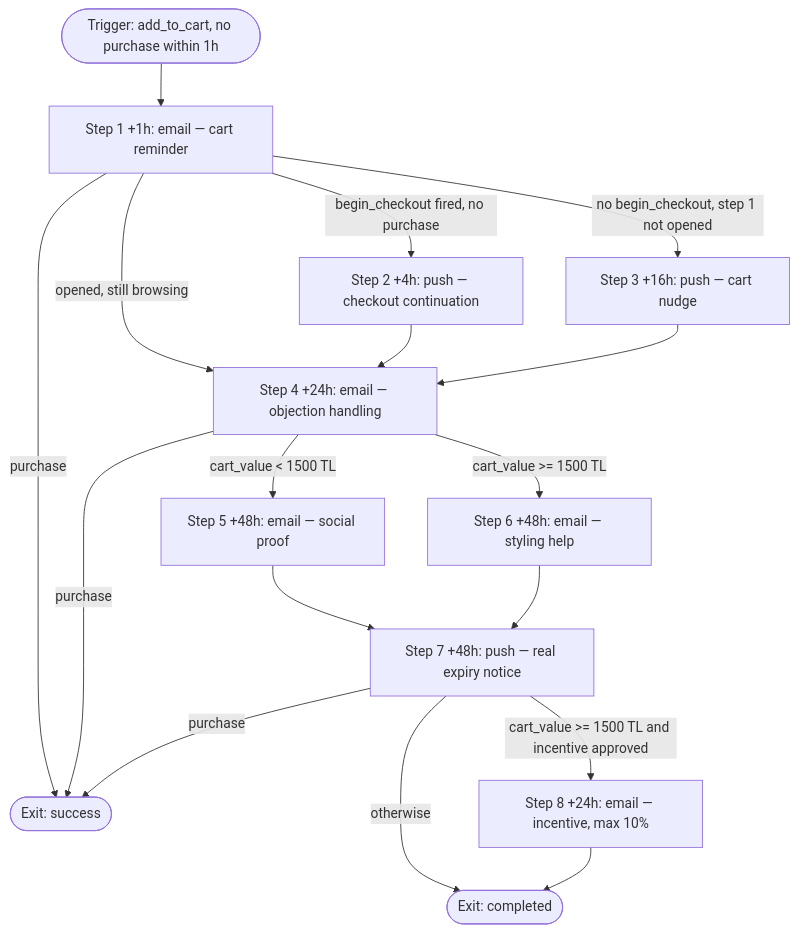
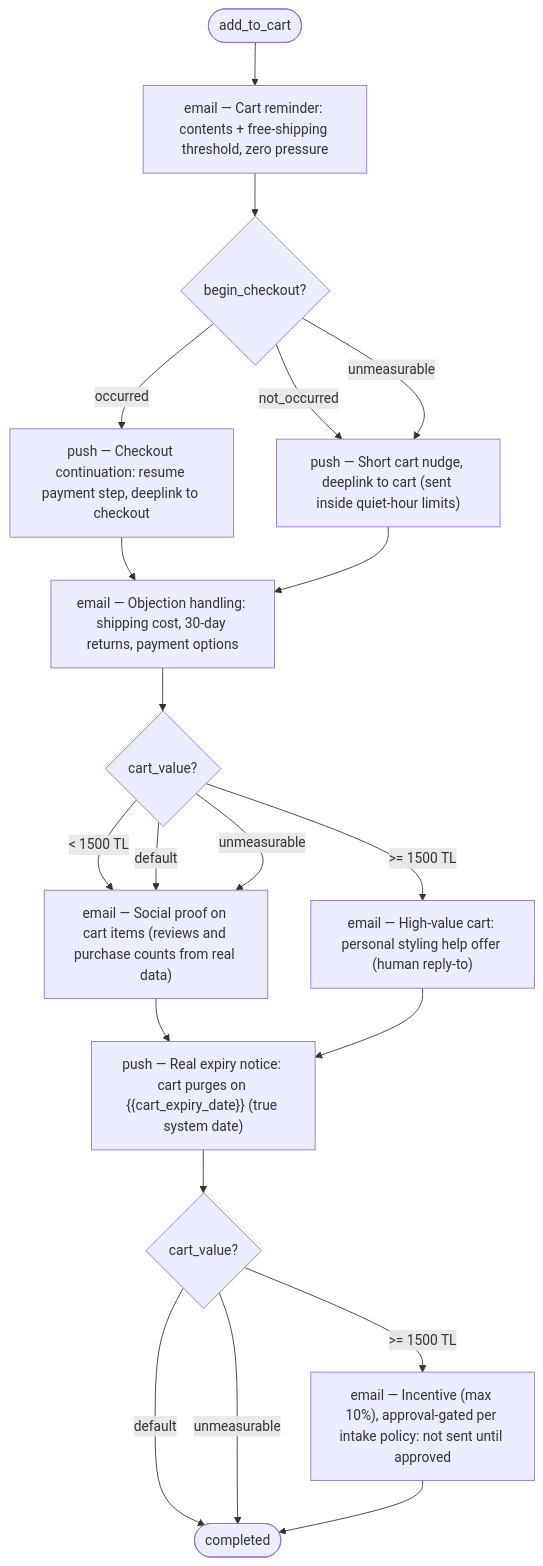
One commit to ali-demirbas/claude-lifecycle changed the diagram in examples/ecommerce-full-ga4/03-journey-cart-recovery.md. Above: the diagram before and after it, drawn with Mermaid. The commit also changed other lines of this file and 215 other files, not shown here.

First line of the commit message:
0.3.0 (unreleased): schema 2.0 journeys with computed timing, frequency and exits

````diff
--- a/examples/ecommerce-full-ga4/03-journey-cart-recovery.md
+++ b/examples/ecommerce-full-ga4/03-journey-cart-recovery.md
@@ -68,19 +72,35 @@
 ```mermaid
 flowchart TD
-    T([Trigger: add_to_cart, no purchase within 1h]) --> S1[Step 1 +1h: email — cart reminder]
-    S1 -->|purchase| X([Exit: success])
-    S1 -->|begin_checkout fired, no purchase| S2[Step 2 +4h: push — checkout continuation]
-    S1 -->|no begin_checkout, step 1 not opened| S3[Step 3 +16h: push — cart nudge]
-    S1 -->|opened, still browsing| S4[Step 4 +24h: email — objection handling]
-    S2 --> S4
-    S3 --> S4
-    S4 -->|cart_value < 1500 TL| S5[Step 5 +48h: email — social proof]
-    S4 -->|cart_value >= 1500 TL| S6[Step 6 +48h: email — styling help]
-    S5 --> S7[Step 7 +48h: push — real expiry notice]
-    S6 --> S7
-    S7 -->|cart_value >= 1500 TL and incentive approved| S8[Step 8 +24h: email — incentive, max 10%]
-    S7 -->|otherwise| XC([Exit: completed])
-    S8 --> XC
-    S4 -->|purchase| X
-    S7 -->|purchase| X
+    entry(["add_to_cart"])
+    s1["email — Cart reminder: contents + free-shipping threshold, zero pressure"]
+    d1{"begin_checkout?"}
+    s2["push — Checkout continuation: resume payment step, deeplink to checkout"]
+    s3["push — Short cart nudge, deeplink to cart (sent inside quiet-hour limits)"]
+    s4["email — Objection handling: shipping cost, 30-day returns, payment options"]
+    d2{"cart_value?"}
+    s5["email — Social proof on cart items (reviews and purchase counts from real data)"]
+    s6["email — High-value cart: personal styling help offer (human reply-to)"]
+    s7["push — Real expiry notice: cart purges on {{cart_expiry_date}} (true system date)"]
+    d3{"cart_value?"}
+    s8["email — Incentive (max 10%), approval-gated per intake policy: not sent until approved"]
+    done(["completed"])
+    entry --> s1
+    s1 --> d1
+    d1 -->|occurred| s2
+    d1 -->|not_occurred| s3
+    d1 -->|unmeasurable| s3
+    s2 --> s4
+    s3 --> s4
+    s4 --> d2
+    d2 -->|< 1500 TL| s5
+    d2 -->|>= 1500 TL| s6
+    d2 -->|default| s5
+    d2 -->|unmeasurable| s5
+    s5 --> s7
+    s6 --> s7
+    s7 --> d3
+    d3 -->|>= 1500 TL| s8
+    d3 -->|default| done
+    d3 -->|unmeasurable| done
+    s8 --> done
 ```
````
